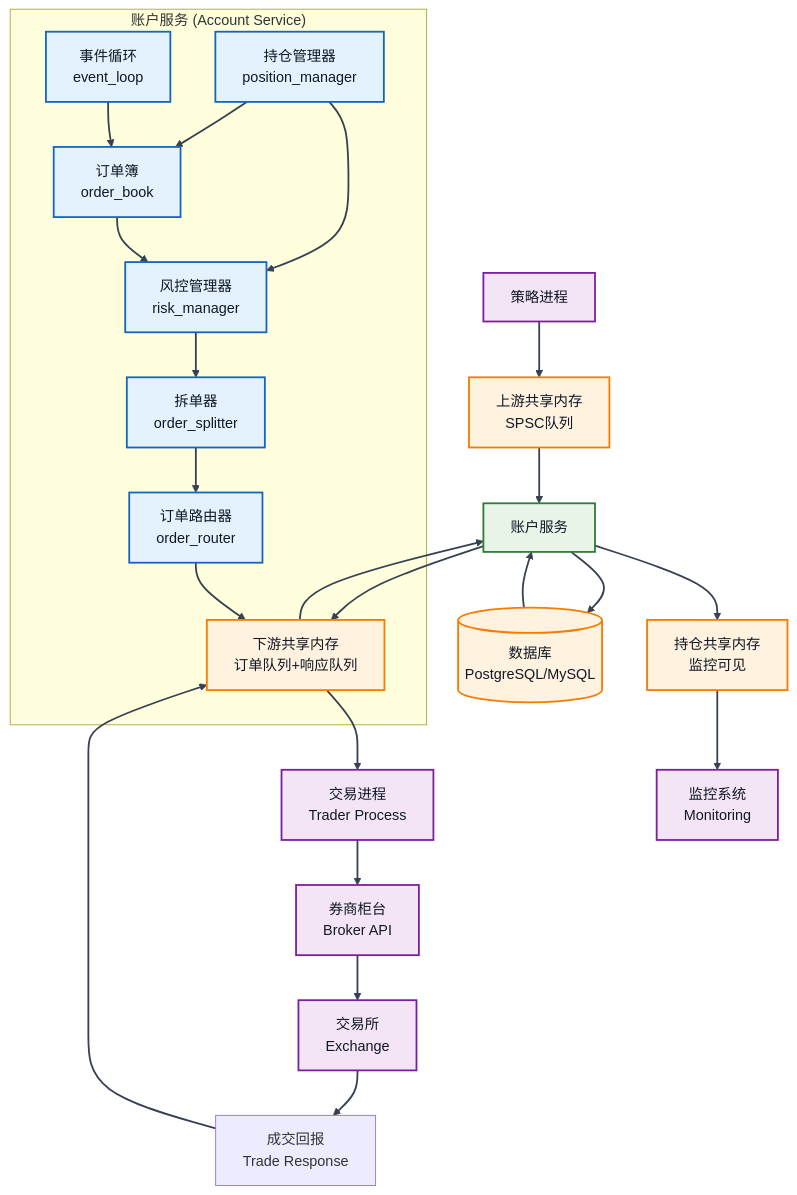
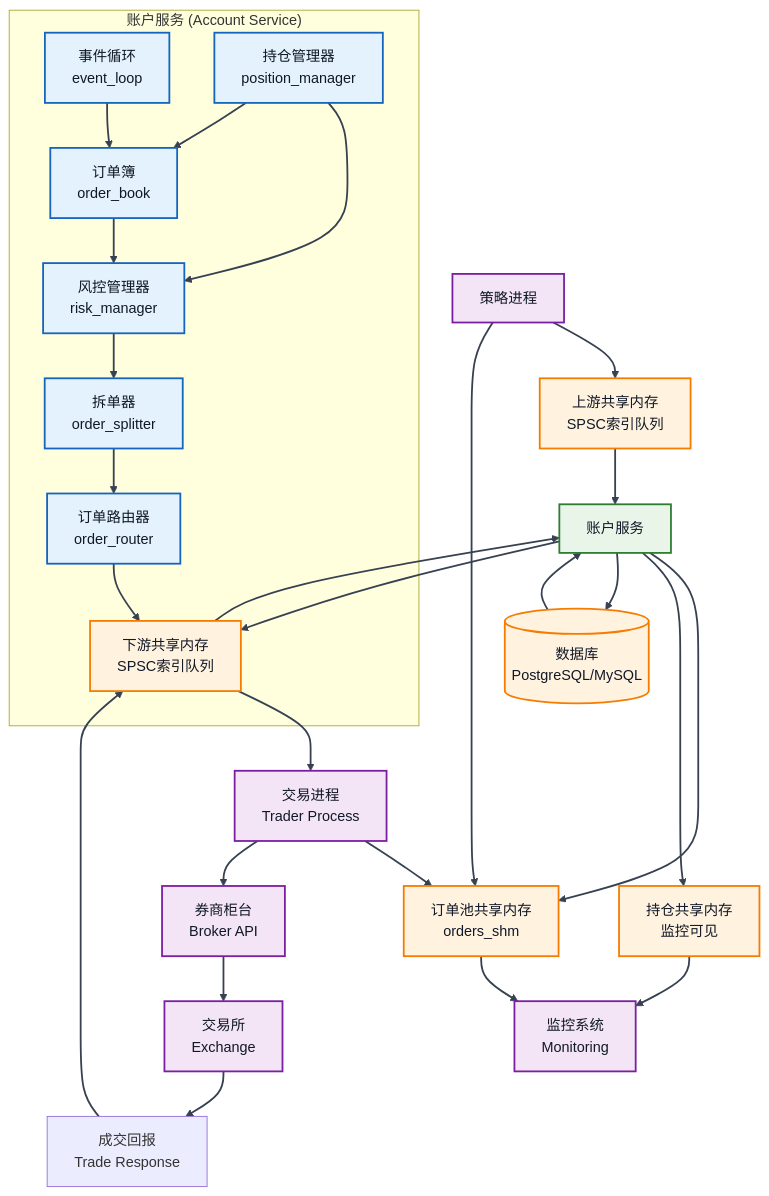
Before and after one commit to monstersama/account_services: the diagram in docs/order_architecture.mmd, drawn with Mermaid. The commit also changed 48 other files, not shown here.

```diff
--- a/docs/order_architecture.mmd
+++ b/docs/order_architecture.mmd
@@ -1,57 +1,61 @@
 %%{init: {'theme': 'base', 'themeVariables': {'background': '#ffffff', 'textColor': '#111827', 'lineColor': '#374151', 'fontSize': '18px', 'fontFamily': '"Microsoft YaHei","PingFang SC","Noto Sans SC",sans-serif', 'edgeLabelBackground': '#ffffff'}}}%%
 %% 组件交互图 - 系统架构
 graph TB
-    Strategy[策略进程] --> UpstreamSHM[上游共享内存<br/>SPSC队列]
+    Strategy[策略进程] --> UpstreamSHM[上游共享内存<br/>SPSC索引队列]
+    Strategy --> OrdersSHM[订单池共享内存<br/>orders_shm]
 
     UpstreamSHM --> AccountService[账户服务]
 
     subgraph "账户服务 (Account Service)"
         EventLoop[事件循环<br/>event_loop]
         OrderBook[订单簿<br/>order_book]
         RiskManager[风控管理器<br/>risk_manager]
         OrderSplitter[拆单器<br/>order_splitter]
         OrderRouter[订单路由器<br/>order_router]
         PositionManager[持仓管理器<br/>position_manager]
 
         EventLoop --> OrderBook
         OrderBook --> RiskManager
         RiskManager --> OrderSplitter
         OrderSplitter --> OrderRouter
         OrderRouter --> DownstreamSHM
         PositionManager --> RiskManager
         PositionManager --> OrderBook
     end
 
-    AccountService --> DownstreamSHM[下游共享内存<br/>订单队列+响应队列]
+    AccountService --> DownstreamSHM[下游共享内存<br/>SPSC索引队列]
 
     DownstreamSHM --> Trader[交易进程<br/>Trader Process]
+    Trader --> OrdersSHM
 
     Trader --> Broker[券商柜台<br/>Broker API]
 
     Broker --> Exchange[交易所<br/>Exchange]
 
     Exchange --> TradeResponse[成交回报<br/>Trade Response]
 
     TradeResponse --> DownstreamSHM
 
     DownstreamSHM --> AccountService
 
+    AccountService --> OrdersSHM
     AccountService --> PositionSHM[持仓共享内存<br/>监控可见]
 
+    OrdersSHM --> Monitor[监控系统<br/>Monitoring]
     PositionSHM --> Monitor[监控系统<br/>Monitoring]
 
     AccountService --> Database[(数据库<br/>PostgreSQL/MySQL)]
 
     Database --> AccountService
 
     classDef external fill:#f3e5f5,stroke:#7b1fa2,stroke-width:2px,color:#111827,font-size:16px
     classDef service fill:#e8f5e8,stroke:#2e7d32,stroke-width:2px,color:#111827,font-size:16px
     classDef component fill:#e3f2fd,stroke:#1565c0,stroke-width:2px,color:#111827,font-size:16px
     classDef storage fill:#fff3e0,stroke:#f57c00,stroke-width:2px,color:#111827,font-size:16px
 
     linkStyle default stroke:#374151,stroke-width:2px
 
     class Strategy,Trader,Broker,Exchange,Monitor external
     class AccountService service
     class EventLoop,OrderBook,RiskManager,OrderSplitter,OrderRouter,PositionManager component
-    class UpstreamSHM,DownstreamSHM,PositionSHM,Database storage
+    class UpstreamSHM,DownstreamSHM,OrdersSHM,PositionSHM,Database storage
```
